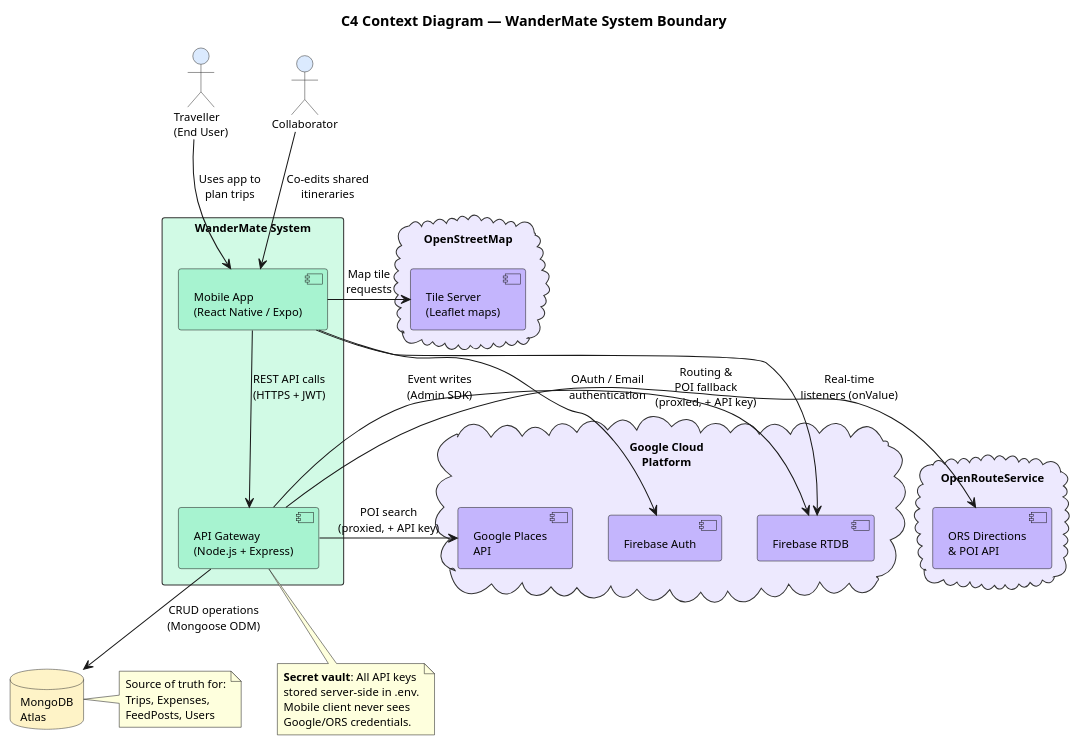
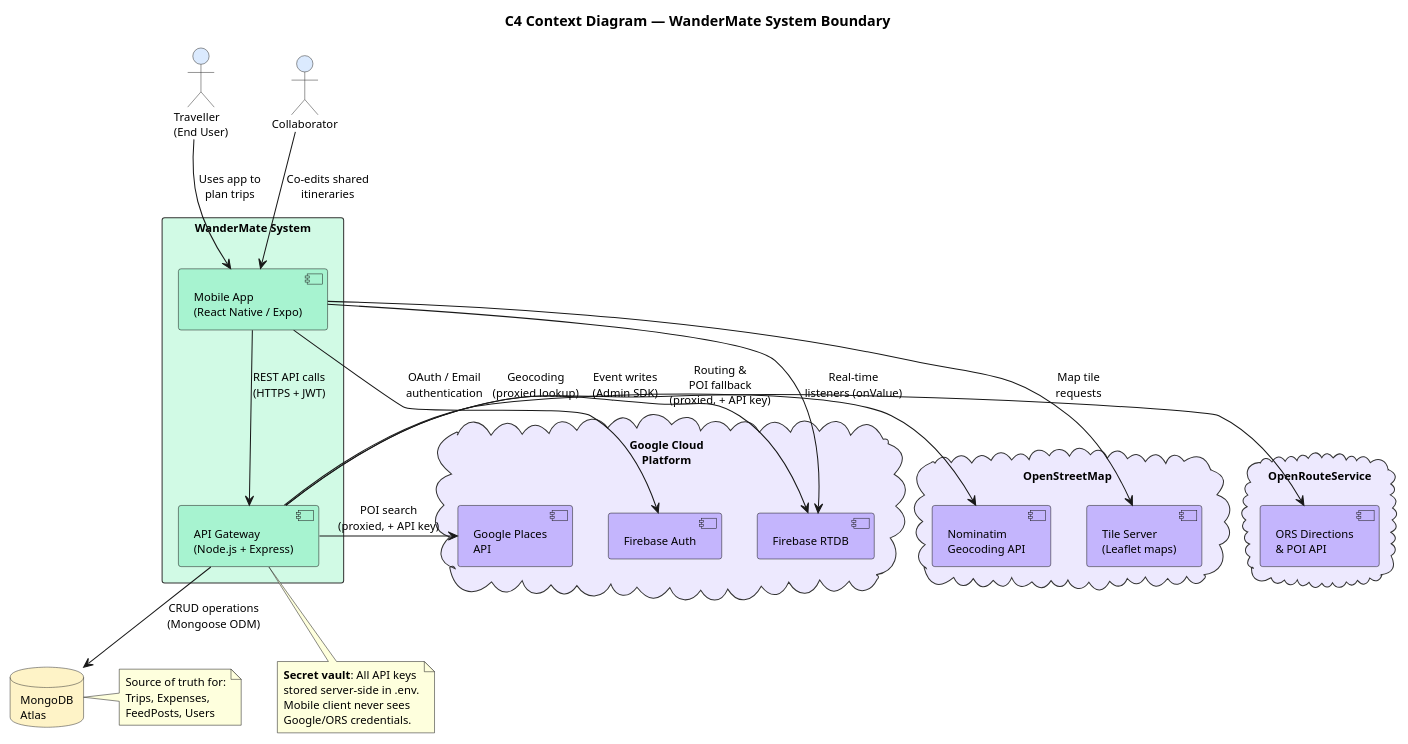
Before and after one commit to arnav4124/WanderMate: the diagram in docs/task2/c4_context.puml, drawn with PlantUML. The commit also changed 2 other files, not shown here.

```diff
--- a/docs/task2/c4_context.puml
+++ b/docs/task2/c4_context.puml
@@ -1,67 +1,69 @@
 @startuml c4_context
 skinparam backgroundColor white
 skinparam shadowing false
 skinparam defaultFontName "Segoe UI"
 skinparam defaultFontSize 11
 skinparam rectangleBorderColor #333333
 skinparam actorBorderColor #333333
 skinparam databaseBorderColor #333333
 skinparam cloudBorderColor #333333
 
 title C4 Context Diagram — WanderMate System Boundary
 
 ' Actors
 actor "Traveller\n(End User)" as user #DBEAFE
 actor "Collaborator" as collab #DBEAFE
 
 ' System
 rectangle "WanderMate System" as system #D1FAE5 {
   component "Mobile App\n(React Native / Expo)" as mobile #A7F3D0
   component "API Gateway\n(Node.js + Express)" as backend #A7F3D0
 }
 
 ' External Systems
 cloud "Google Cloud\nPlatform" as gcp #EDE9FE {
   component "Google Places\nAPI" as gplaces #C4B5FD
   component "Firebase Auth" as fauth #C4B5FD
   component "Firebase RTDB" as frtdb #C4B5FD
 }
 
 cloud "OpenRouteService" as orscloud #EDE9FE {
   component "ORS Directions\n& POI API" as ors #C4B5FD
 }
 
 database "MongoDB\nAtlas" as mongo #FEF3C7
 
 cloud "OpenStreetMap" as osm #EDE9FE {
   component "Tile Server\n(Leaflet maps)" as tiles #C4B5FD
+  component "Nominatim\nGeocoding API" as nominatim #C4B5FD
 }
 
 ' Relationships
 user -down-> mobile : Uses app to\nplan trips
 collab -down-> mobile : Co-edits shared\nitineraries
 
 mobile -down-> backend : REST API calls\n(HTTPS + JWT)
 mobile -right-> fauth : OAuth / Email\nauthentication
 mobile -right-> frtdb : Real-time\nlisteners (onValue)
 mobile -right-> tiles : Map tile\nrequests
 
 backend -down-> mongo : CRUD operations\n(Mongoose ODM)
 backend -right-> gplaces : POI search\n(proxied, + API key)
+backend -right-> nominatim : Geocoding\n(proxied lookup)
 backend -right-> ors : Routing &\nPOI fallback\n(proxied, + API key)
 backend -right-> frtdb : Event writes\n(Admin SDK)
 
 note bottom of backend
   **Secret vault**: All API keys
   stored server-side in .env.
   Mobile client never sees
   Google/ORS credentials.
 end note
 
 note right of mongo
   Source of truth for:
   Trips, Expenses,
   FeedPosts, Users
 end note
 
 @enduml
```
